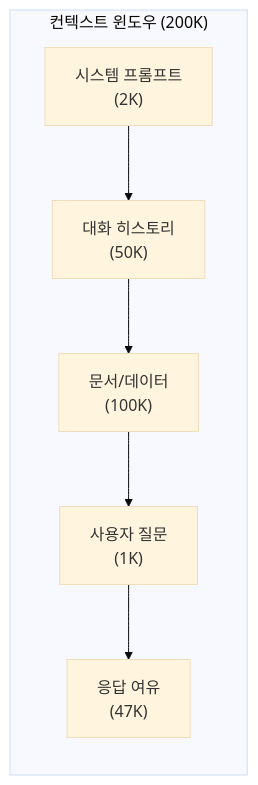
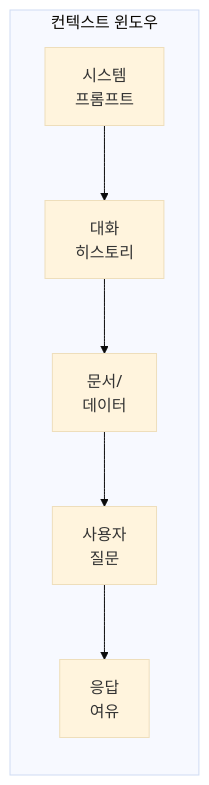
Before and after one commit to baekja/Lecture_LLM-AE-AI: the third of 3 diagrams in content/01-Notes/Week_01.md, drawn with Mermaid (base theme). The commit also changed other lines of this file and 11 other files, not shown here.

````diff
--- a/content/01-Notes/Week_01.md
+++ b/content/01-Notes/Week_01.md
@@ -172,11 +152,11 @@
 ```mermaid
 graph LR
-    subgraph Context["컨텍스트 윈도우 (200K)"]
-        S["시스템 프롬프트<br/>(2K)"]
-        H["대화 히스토리<br/>(50K)"]
-        D["문서/데이터<br/>(100K)"]
-        U["사용자 질문<br/>(1K)"]
-        R["응답 여유<br/>(47K)"]
+    subgraph Context["컨텍스트 윈도우"]
+        S["시스템<br/>프롬프트"]
+        H["대화<br/>히스토리"]
+        D["문서/<br/>데이터"]
+        U["사용자<br/>질문"]
+        R["응답<br/>여유"]
     end
     S --> H --> D --> U --> R
 ```
````
